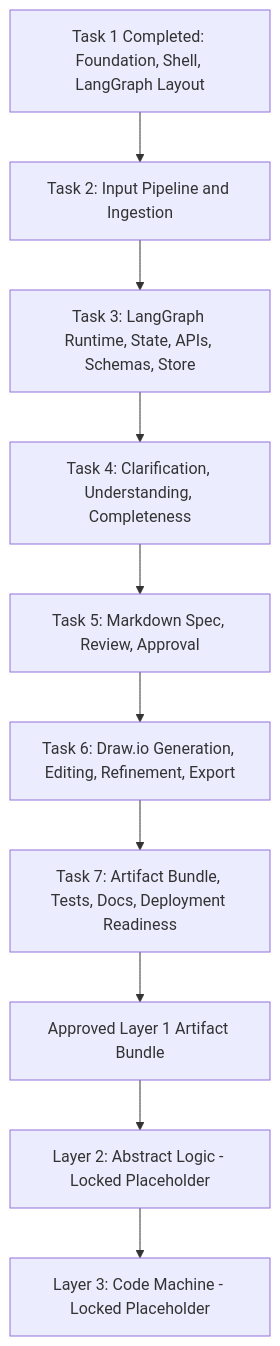
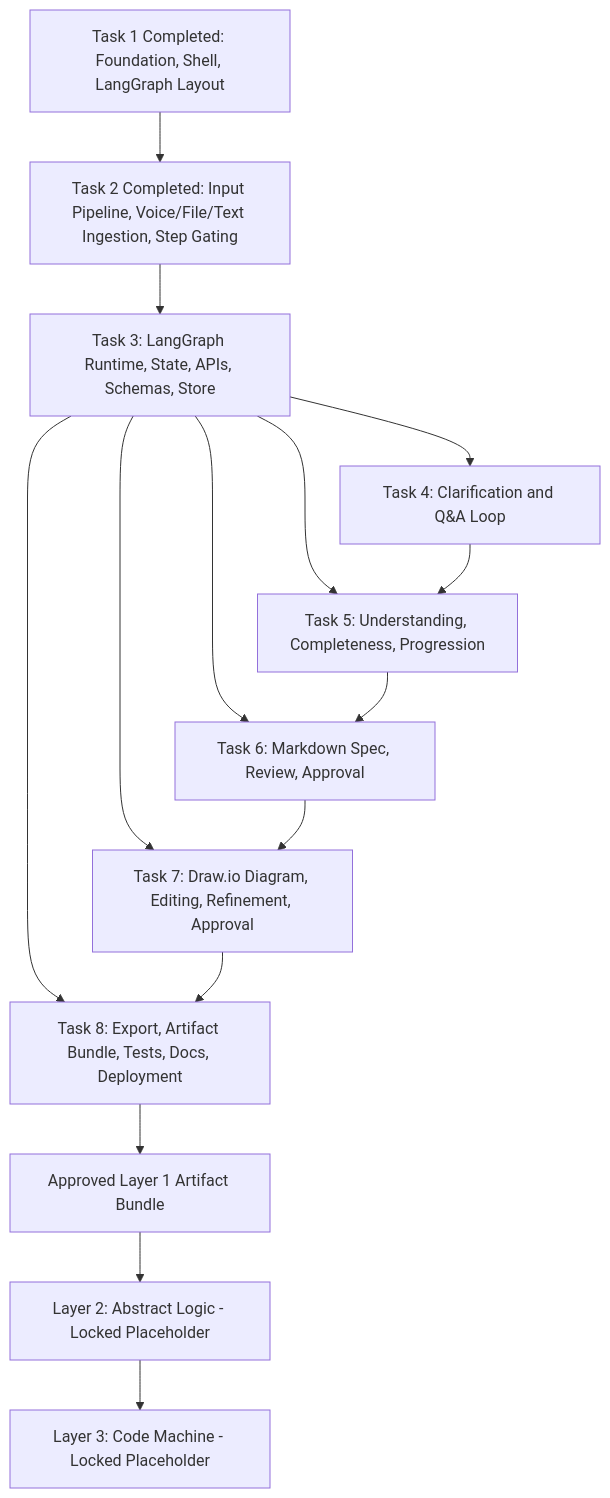
Diagram 18 of 19 in Docs/system-design-detailed-plan.md (ProductMasterz/Mujarrad-Frontend), drawn with Mermaid before and after one commit. The commit also changed other lines of this file and 18 other files, not shown here.

Commit message:
Add system design input pipeline

````diff
--- a/Docs/system-design-detailed-plan.md
+++ b/Docs/system-design-detailed-plan.md
@@ -2229,21 +2443,28 @@
 ```mermaid
 flowchart TD
     T1[Task 1 Completed: Foundation, Shell, LangGraph Layout]
-    T2[Task 2: Input Pipeline and Ingestion]
+    T2[Task 2 Completed: Input Pipeline, Voice/File/Text Ingestion, Step Gating]
     T3[Task 3: LangGraph Runtime, State, APIs, Schemas, Store]
-    T4[Task 4: Clarification, Understanding, Completeness]
-    T5[Task 5: Markdown Spec, Review, Approval]
-    T6[Task 6: Draw.io Generation, Editing, Refinement, Export]
-    T7[Task 7: Artifact Bundle, Tests, Docs, Deployment Readiness]
+    T4[Task 4: Clarification and Q&A Loop]
+    T5[Task 5: Understanding, Completeness, Progression]
+    T6[Task 6: Markdown Spec, Review, Approval]
+    T7[Task 7: Draw.io Diagram, Editing, Refinement, Approval]
+    T8[Task 8: Export, Artifact Bundle, Tests, Docs, Deployment]
 
     T1 --> T2
     T2 --> T3
     T3 --> T4
+    T3 --> T5
+    T3 --> T6
+    T3 --> T7
+    T3 --> T8
+
     T4 --> T5
     T5 --> T6
     T6 --> T7
+    T7 --> T8
 
-    T7 --> A[Approved Layer 1 Artifact Bundle]
+    T8 --> A[Approved Layer 1 Artifact Bundle]
     A --> L2[Layer 2: Abstract Logic - Locked Placeholder]
     L2 --> L3[Layer 3: Code Machine - Locked Placeholder]
 ```
````
